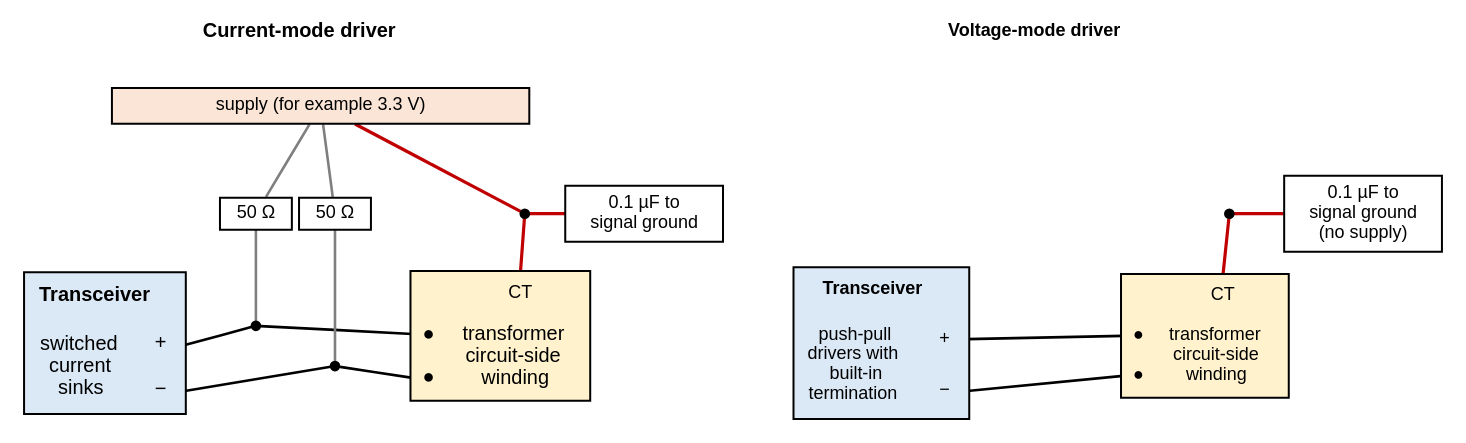
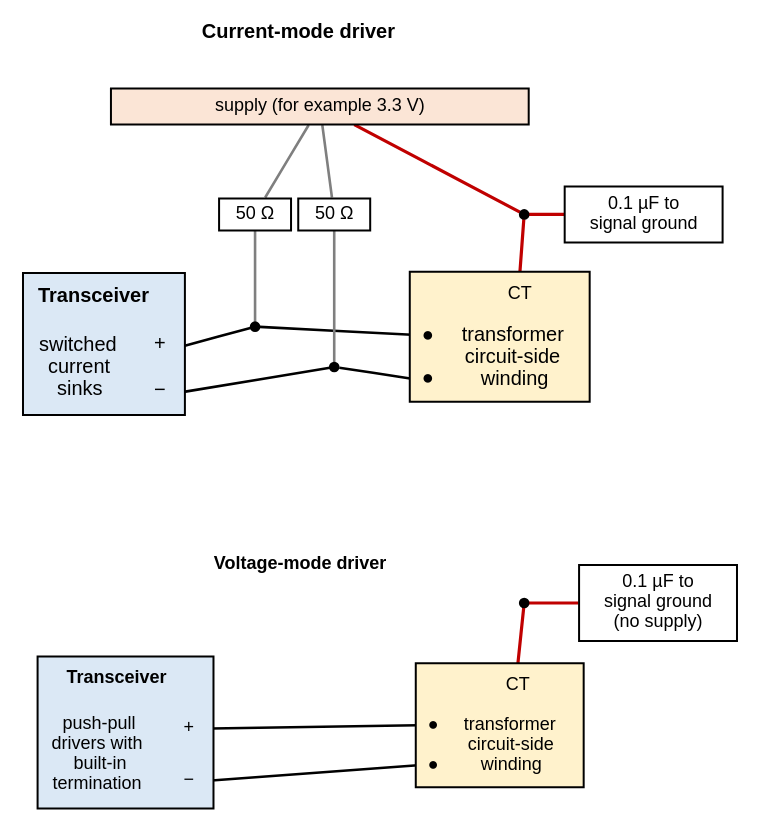
One commit to mithro/evampire changed the diagram in docs/ethernet/magnetics/centre-tap-bias.dot. Above: the diagram before and after it, drawn with Graphviz. The commit also changed 5 other files, not shown here.

Commit message:
Redraw magnetics diagrams to fit the page width; add capacitor-coupled front end

```diff
--- a/docs/ethernet/magnetics/centre-tap-bias.dot
+++ b/docs/ethernet/magnetics/centre-tap-bias.dot
@@ -1,79 +1,79 @@
 // Circuit-side centre tap for the two kinds of transceiver line driver.
 // One pair is shown; each of the four pairs is wired the same way.
 //
 // SPDX-License-Identifier: Apache-2.0
 
 graph centre_tap_bias {
     graph [layout=neato, splines=line, fontname="Helvetica", fontsize=11,
            outputorder=edgesfirst];
     node  [fontname="Helvetica", fontsize=10, shape=plain, pin=true];
     edge  [penwidth=1.3];
 
     // ---- Current-mode driver (left). ----
     t1 [pos="1.5,3.55!", label=<<b>Current-mode driver</b>>];
 
     rail1 [pos="1.5,3.05!", shape=box, style=filled, fillcolor="#fbe5d6",
            width=2.9, height=0.25, fixedsize=true, fontsize=9,
            label="supply (for example 3.3 V)"];
 
     drv1 [pos="0,1.4!", label=<
       <table border="1" cellborder="0" cellspacing="0" cellpadding="6" bgcolor="#dbe8f5">
         <tr><td colspan="2"><b>Transceiver</b></td></tr>
         <tr><td rowspan="2">switched<br/>current<br/>sinks</td><td port="p" align="right">+</td></tr>
         <tr><td port="n" align="right">−</td></tr>
       </table>>];
 
     x1 [pos="2.75,1.45!", label=<
       <table border="1" cellborder="0" cellspacing="0" cellpadding="5" bgcolor="#fff2cc">
         <tr><td></td><td port="ct"><font point-size="9">CT</font></td></tr>
         <tr><td port="p">●</td><td rowspan="2">transformer<br/>circuit-side<br/>winding</td></tr>
         <tr><td port="n">●</td></tr>
       </table>>];
 
     node [shape=box, fixedsize=true, width=0.5, height=0.22, fontsize=9];
     r1p [pos="1.05,2.3!", label="50 Ω"];
     r1n [pos="1.6,2.3!", label="50 Ω"];
 
     node [shape=point, width=0.06, style=filled, fillcolor="#000000", fixedsize=false];
     j1p [pos="1.05,1.52!"];
     j1n [pos="1.6,1.24!"];
     jct1 [pos="2.92,2.3!"];
 
     c1 [pos="3.75,2.3!", shape=box, style="", fontsize=9, label="0.1 µF to\nsignal ground"];
 
     drv1:p -- j1p -- x1:p;
     drv1:n -- j1n -- x1:n;
     j1p -- r1p -- rail1 [color="#7f7f7f"];
     j1n -- r1n -- rail1 [color="#7f7f7f"];
     x1:ct -- jct1 [color="#c00000", penwidth=1.6];
     jct1 -- rail1 [color="#c00000", penwidth=1.6];
     jct1 -- c1 [color="#c00000", penwidth=1.6];
 
-    // ---- Voltage-mode driver (right). ----
+    // ---- Voltage-mode driver (below). ----
     node [shape=plain, style="", width=0, height=0];
-    t2 [pos="6.6,3.55!", label=<<b>Voltage-mode driver</b>>];
+    t2 [pos="1.50,-0.15!", label=<<b>Voltage-mode driver</b>>];
 
-    drv2 [pos="5.4,1.4!", label=<
+    drv2 [pos="0.15,-1.30!", label=<
       <table border="1" cellborder="0" cellspacing="0" cellpadding="6" bgcolor="#dbe8f5">
         <tr><td colspan="2"><b>Transceiver</b></td></tr>
         <tr><td rowspan="2">push-pull<br/>drivers with<br/>built-in<br/>termination</td><td port="p" align="right">+</td></tr>
         <tr><td port="n" align="right">−</td></tr>
       </table>>];
 
-    x2 [pos="7.65,1.45!", label=<
+    x2 [pos="2.75,-1.25!", label=<
       <table border="1" cellborder="0" cellspacing="0" cellpadding="5" bgcolor="#fff2cc">
         <tr><td></td><td port="ct"><font point-size="9">CT</font></td></tr>
         <tr><td port="p">●</td><td rowspan="2">transformer<br/>circuit-side<br/>winding</td></tr>
         <tr><td port="n">●</td></tr>
       </table>>];
 
-    jct2 [pos="7.82,2.3!", shape=point, width=0.06, height=0.06, style=filled,
+    jct2 [pos="2.92,-0.40!", shape=point, width=0.06, height=0.06, style=filled,
           fillcolor="#000000"];
-    c2 [pos="8.75,2.3!", shape=box, style="", fontsize=9,
+    c2 [pos="3.85,-0.40!", shape=box, style="", fontsize=9,
         label="0.1 µF to\nsignal ground\n(no supply)"];
 
     drv2:p -- x2:p;
     drv2:n -- x2:n;
     x2:ct -- jct2 [color="#c00000", penwidth=1.6];
     jct2 -- c2 [color="#c00000", penwidth=1.6];
 }
```
